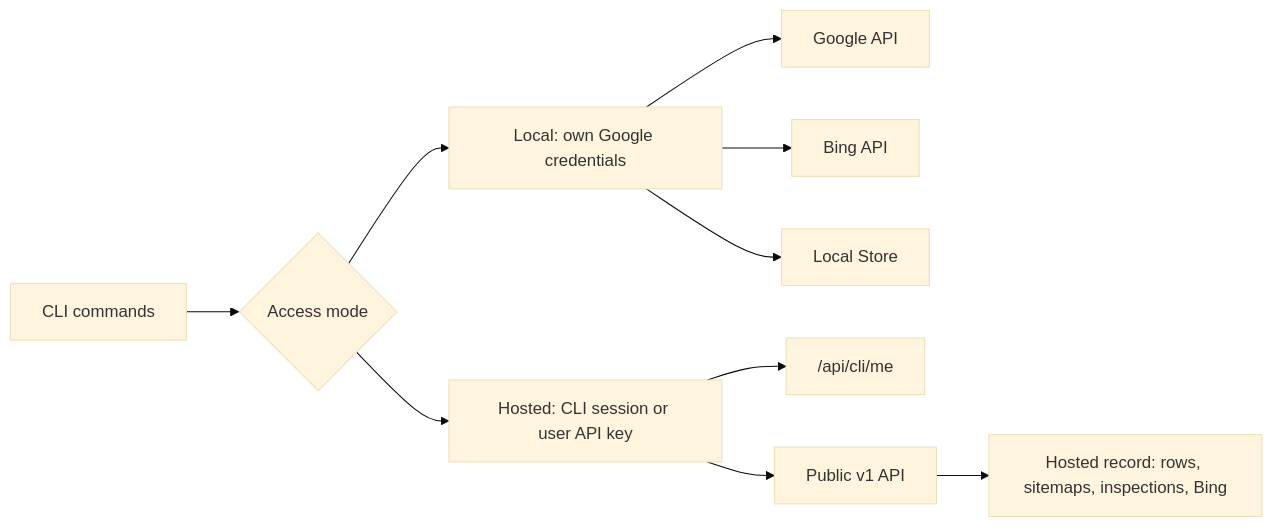
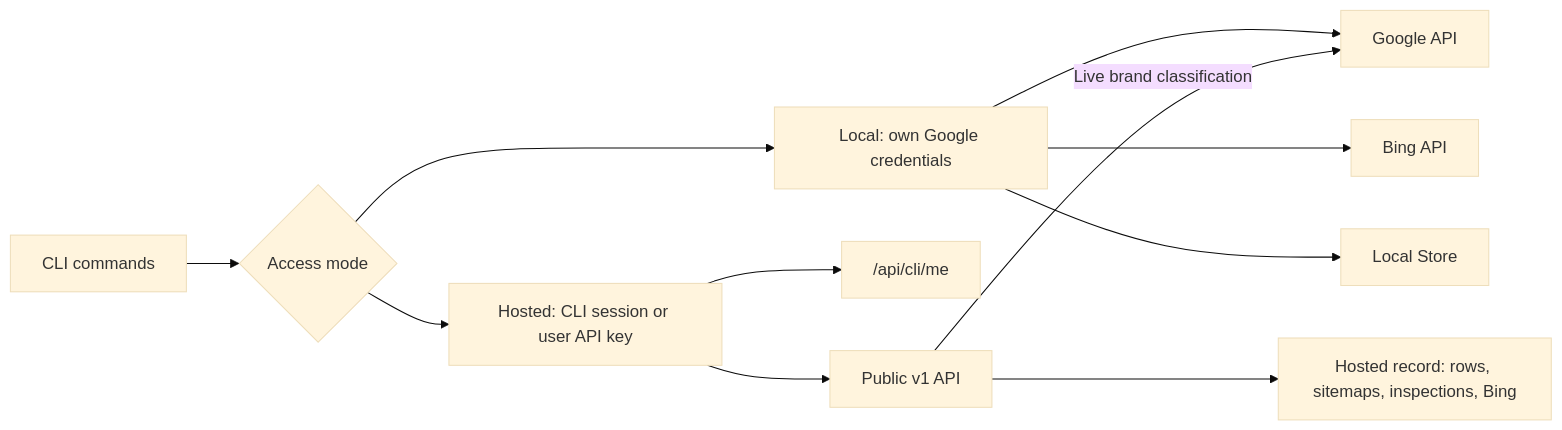
Before and after one commit to harlan-zw/gscdump: the diagram in ARCHITECTURE.md, drawn with Mermaid (base theme). The commit also changed other lines of this file and 30 other files, not shown here.

````diff
--- a/ARCHITECTURE.md
+++ b/ARCHITECTURE.md
@@ -58,12 +58,13 @@
 ```mermaid
 flowchart LR
   Commands[CLI commands] --> Mode{Access mode}
   Mode --> Local[Local: own Google credentials]
   Mode --> Hosted[Hosted: CLI session or user API key]
   Local --> Google[Google API]
   Local --> Bing[Bing API]
   Local --> Store[Local Store]
   Hosted --> Me["/api/cli/me"]
   Hosted --> V1[Public v1 API]
   V1 --> Record[Hosted record: rows, sitemaps, inspections, Bing]
+  V1 -->|Live brand classification| Google
 ```
````
